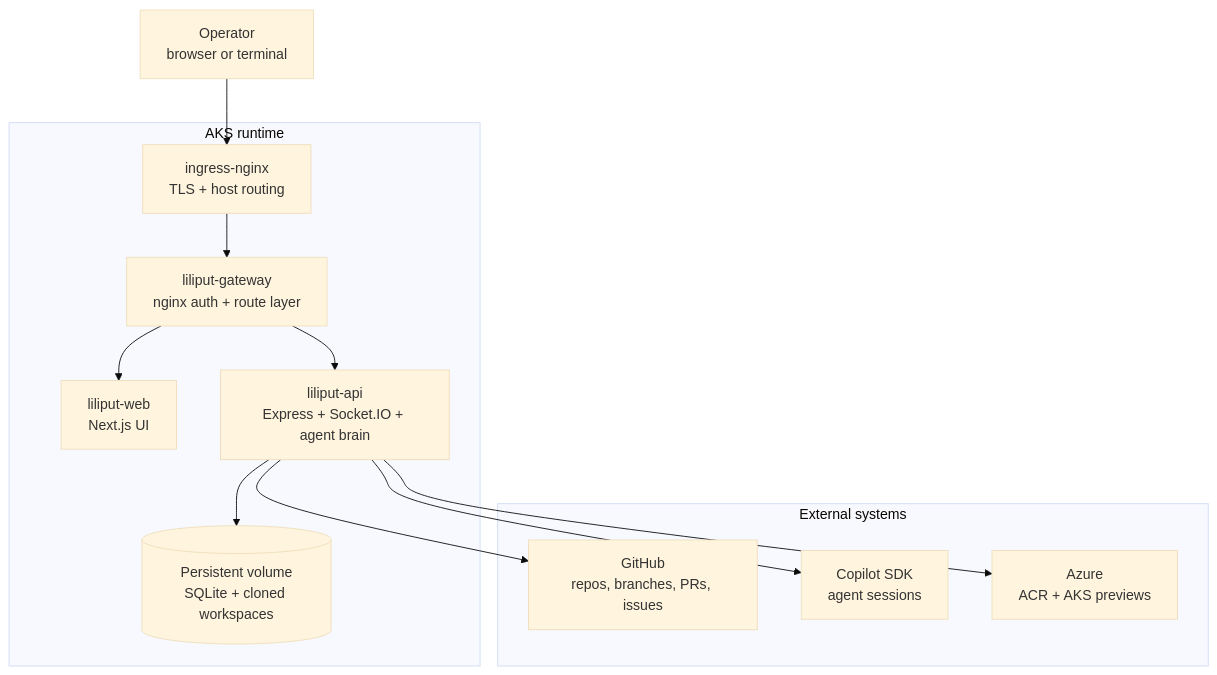
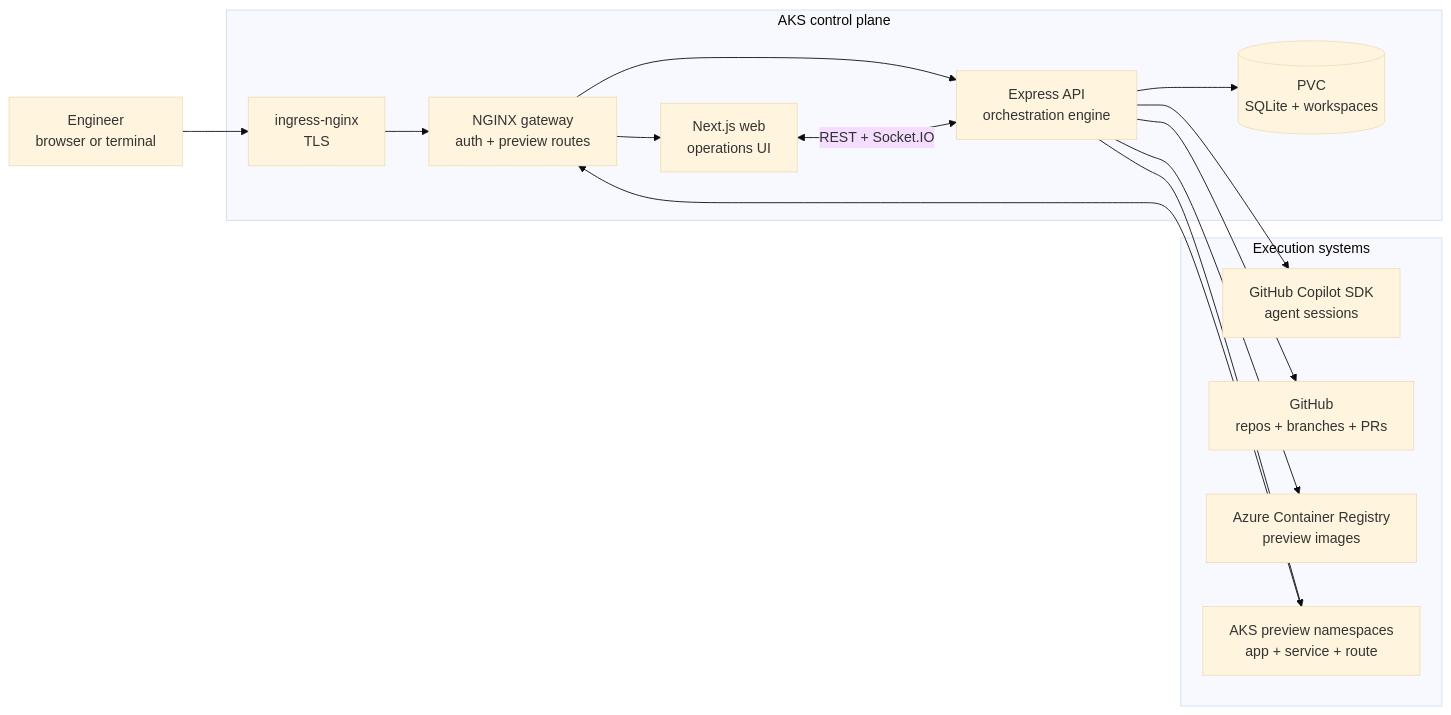
Before and after one commit to crgarcia12/Liliput: the diagram in README.md, drawn with Mermaid (base theme). The commit also changed other lines of this file and 4 other files, not shown here.

````diff
--- a/README.md
+++ b/README.md
@@ -220,26 +124,30 @@
 ```mermaid
-flowchart TB
-    User["Operator<br/>browser or terminal"]
+flowchart LR
+    Operator["Engineer<br/>browser or terminal"]
 
-    subgraph Cluster["AKS runtime"]
-        Ingress["ingress-nginx<br/>TLS + host routing"]
-        Gateway["liliput-gateway<br/>nginx auth + route layer"]
-        Web["liliput-web<br/>Next.js UI"]
-        API["liliput-api<br/>Express + Socket.IO + agent brain"]
-        PVC[("Persistent volume<br/>SQLite + cloned workspaces")]
+    subgraph AKS["AKS control plane"]
+        Ingress["ingress-nginx<br/>TLS"]
+        Gateway["NGINX gateway<br/>auth + preview routes"]
+        Web["Next.js web<br/>operations UI"]
+        API["Express API<br/>orchestration engine"]
+        State[("PVC<br/>SQLite + workspaces")]
     end
 
-    subgraph Systems["External systems"]
-        Git["GitHub<br/>repos, branches, PRs, issues"]
-        SDK["Copilot SDK<br/>agent sessions"]
-        Azure["Azure<br/>ACR + AKS previews"]
+    subgraph Execution["Execution systems"]
+        SDK["GitHub Copilot SDK<br/>agent sessions"]
+        GitHub["GitHub<br/>repos + branches + PRs"]
+        ACR["Azure Container Registry<br/>preview images"]
+        Preview["AKS preview namespaces<br/>app + service + route"]
     end
 
-    User --> Ingress --> Gateway
+    Operator --> Ingress --> Gateway
     Gateway --> Web
     Gateway --> API
-    API --> PVC
-    API --> Git
+    Web <-->|"REST + Socket.IO"| API
+    API --> State
     API --> SDK
-    API --> Azure
+    API --> GitHub
+    API --> ACR
+    API --> Preview
+    Preview --> Gateway
 ```
````
